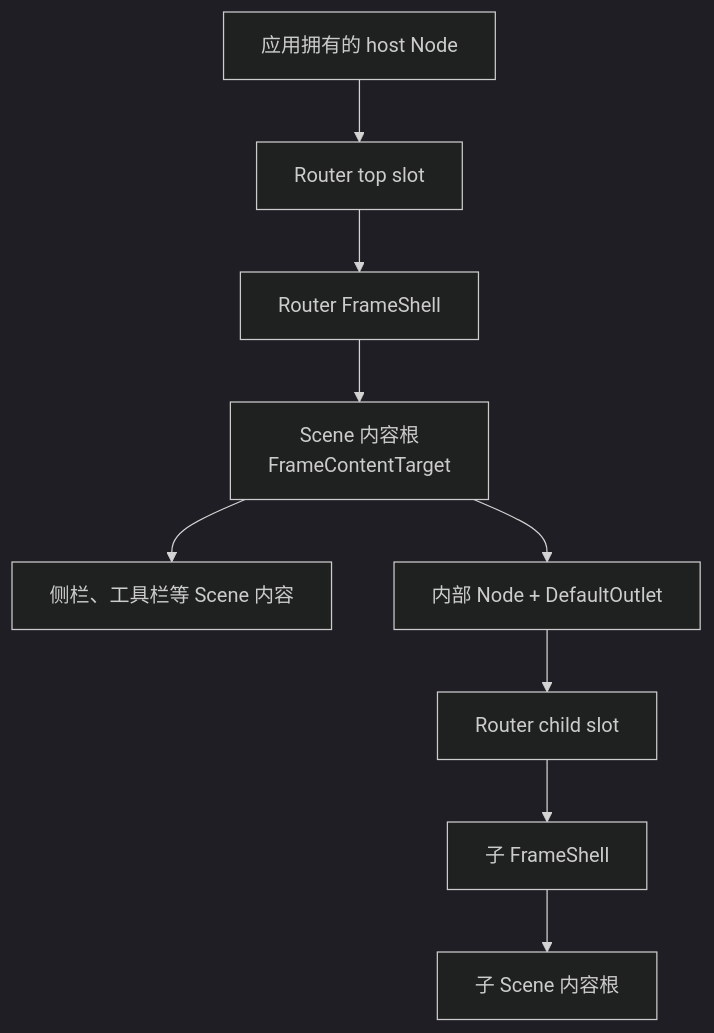
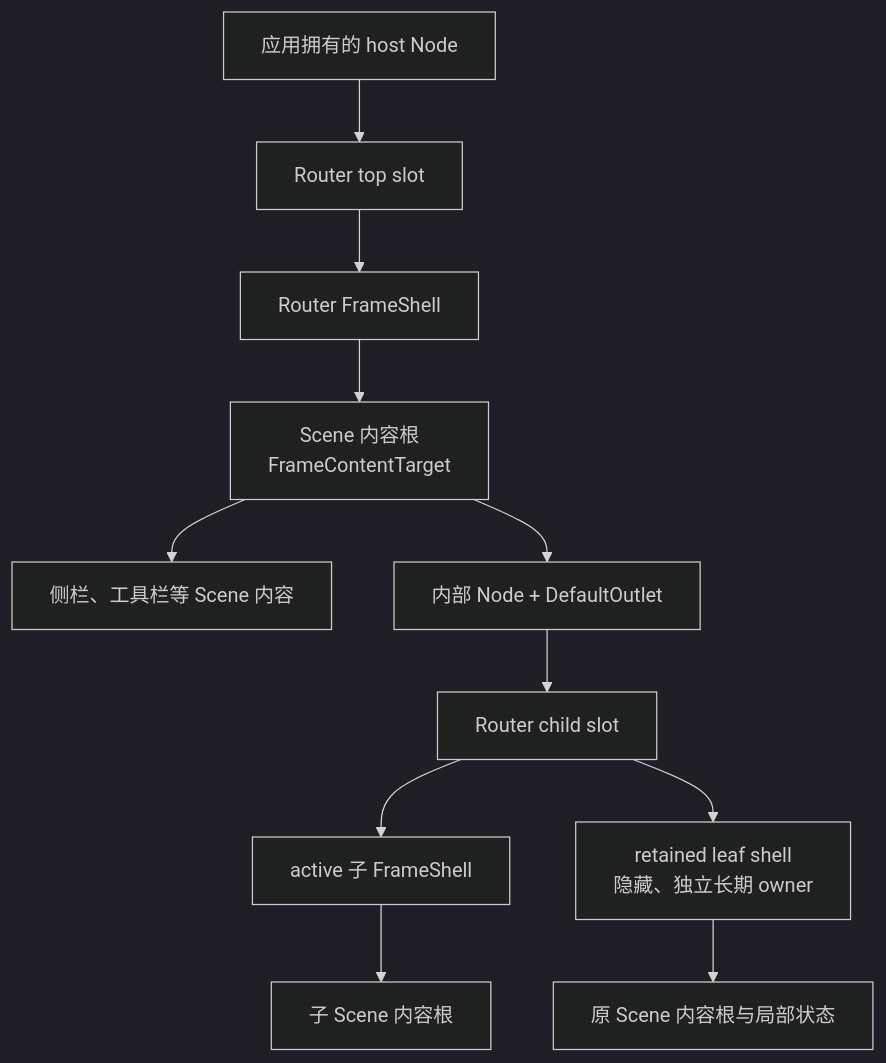
Before and after one commit to shengyusi-SYS/bevy_ui_router: the first of 3 diagrams in docs/architecture/runtime.md, drawn with Mermaid (dark theme). The commit also changed other lines of this file and 18 other files, not shown here.

````diff
--- a/docs/architecture/runtime.md
+++ b/docs/architecture/runtime.md
@@ -11,11 +11,13 @@
 ```mermaid
 flowchart TD
     Host["应用拥有的 host Node"] --> Top["Router top slot"]
     Top --> Shell["Router FrameShell"]
     Shell --> Root["Scene 内容根<br/>FrameContentTarget"]
     Root --> Layout["侧栏、工具栏等 Scene 内容"]
     Root --> Outlet["内部 Node + DefaultOutlet"]
     Outlet --> Slot["Router child slot"]
-    Slot --> ChildShell["子 FrameShell"]
+    Slot --> ChildShell["active 子 FrameShell"]
     ChildShell --> ChildRoot["子 Scene 内容根"]
+    Slot --> Retained["retained leaf shell<br/>隐藏、独立长期 owner"]
+    Retained --> CachedRoot["原 Scene 内容根与局部状态"]
 ```
````
